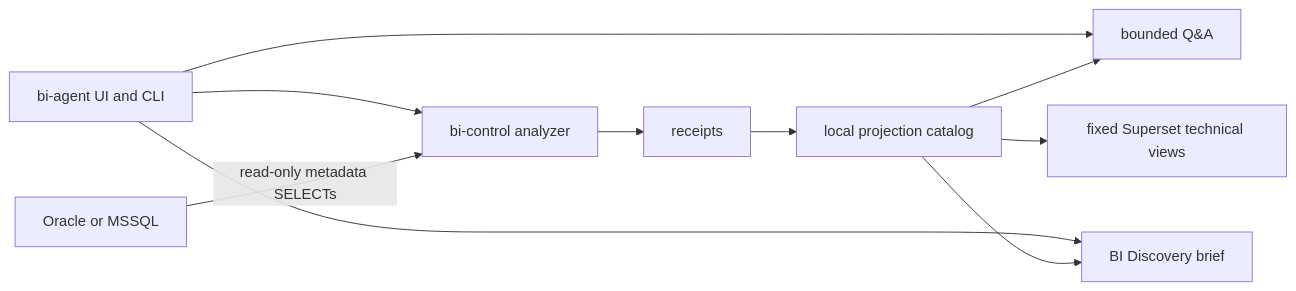
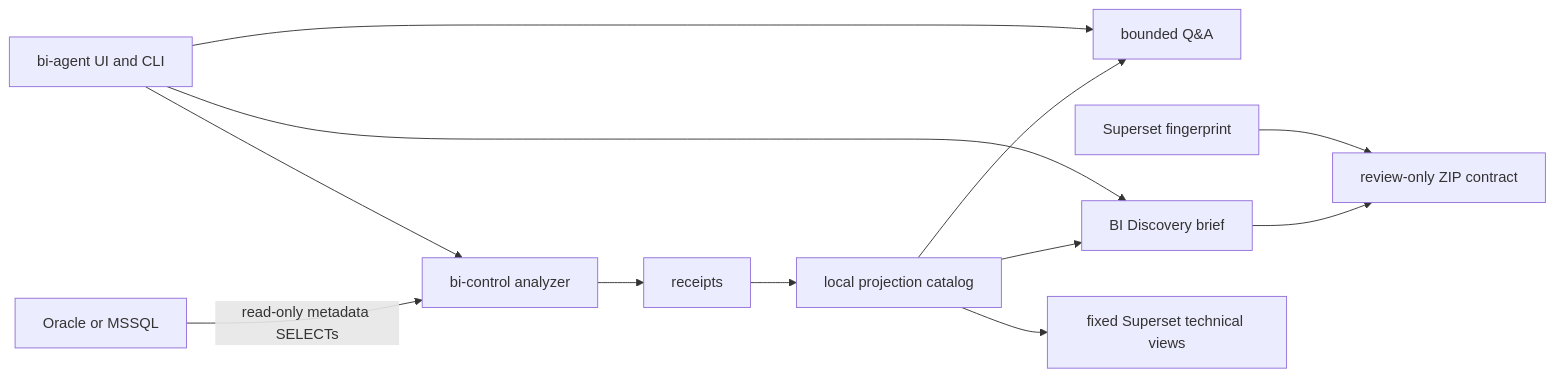
One commit to JimPansky/KaleidoSphere changed the diagram in docs/ARCHITECTURE.md. Above: the diagram before and after it, drawn with Mermaid. The commit also changed other lines of this file and 17 other files, not shown here.

First line of the commit message:
Add promotion review bundle contract

````diff
--- a/docs/ARCHITECTURE.md
+++ b/docs/ARCHITECTURE.md
@@ -38,12 +41,14 @@
 ```mermaid
 flowchart LR
   S[Oracle or MSSQL] -->|read-only metadata SELECTs| C[bi-control analyzer]
   C --> R[receipts]
   R --> P[local projection catalog]
   P --> Q[bounded Q&A]
   P --> D[BI Discovery brief]
+  D --> B[review-only ZIP contract]
+  F[Superset fingerprint] --> B
   P --> V[fixed Superset technical views]
   A[bi-agent UI and CLI] --> C
   A --> Q
   A --> D
 ```
````
